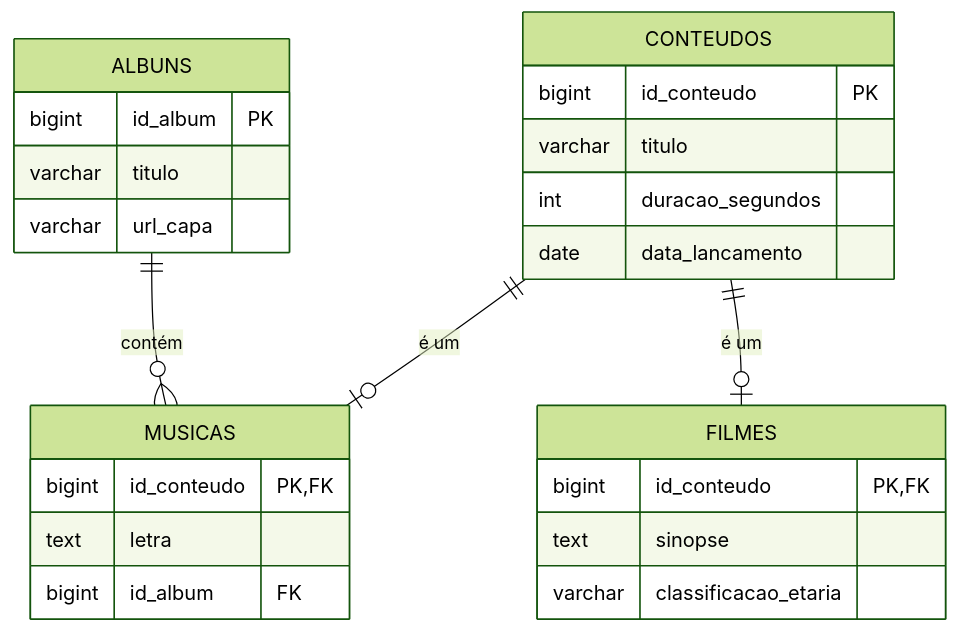
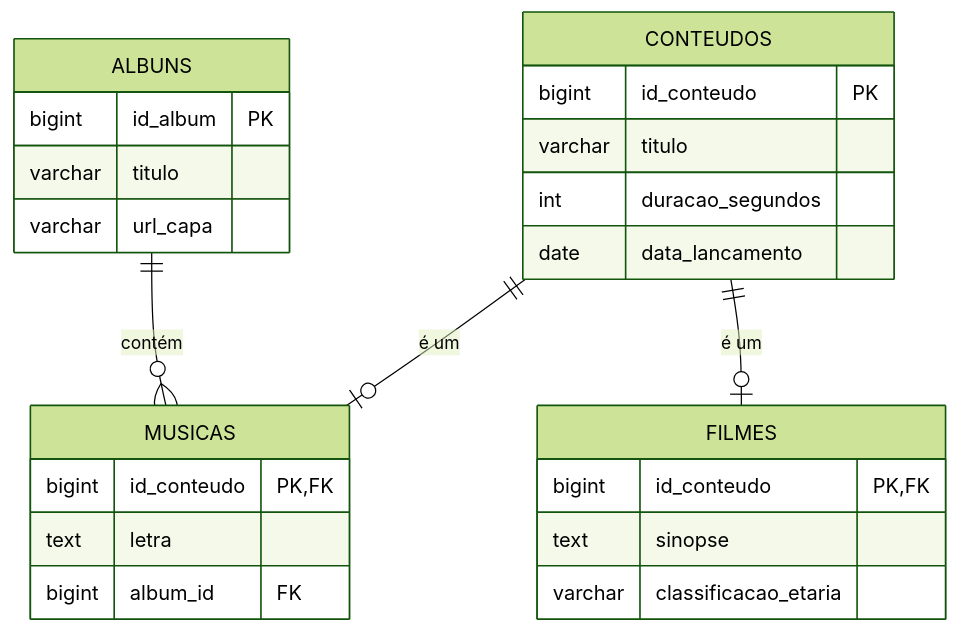
Before and after one commit to DSM-Fatec-Jahu/Banco-de-Dados-Relacional-IBD015: the seventh of 8 diagrams in aulas/Aula_01_Revisao_Modelagem_Conceitual.md, drawn with Mermaid (forest theme). The commit also changed other lines of this file and 1 other file, not shown here.

````diff
--- a/aulas/Aula_01_Revisao_Modelagem_Conceitual.md
+++ b/aulas/Aula_01_Revisao_Modelagem_Conceitual.md
@@ -457,31 +457,31 @@
 ```mermaid
 erDiagram
     CONTEUDOS {
         bigint id_conteudo PK
         varchar titulo
         int duracao_segundos
         date data_lancamento
     }
 
     MUSICAS {
         bigint id_conteudo PK, FK
         text letra
-        bigint id_album FK
+        bigint album_id FK
     }
 
     FILMES {
         bigint id_conteudo PK, FK
         text sinopse
         varchar classificacao_etaria
     }
 
     ALBUNS {
         bigint id_album PK
         varchar titulo
         varchar url_capa
     }
 
     CONTEUDOS ||--o| MUSICAS  : "é um"
     CONTEUDOS ||--o| FILMES   : "é um"
     ALBUNS    ||--o{ MUSICAS  : "contém"
 ```
````
